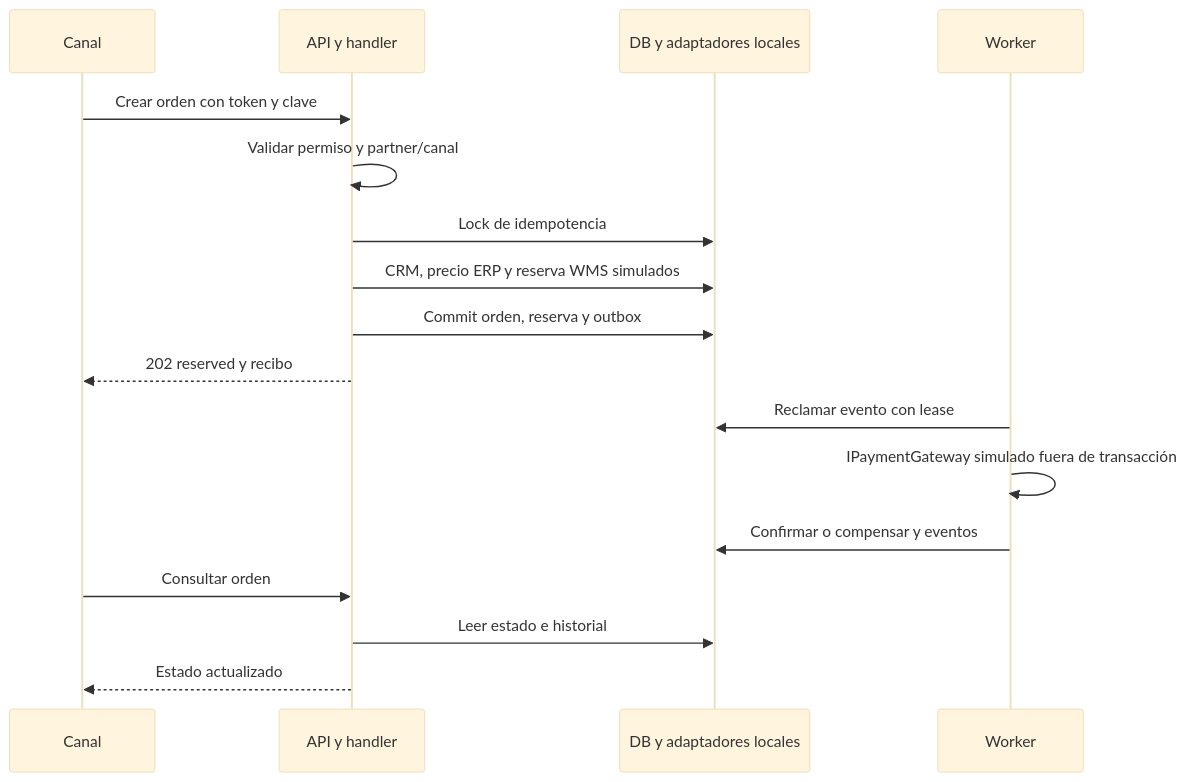
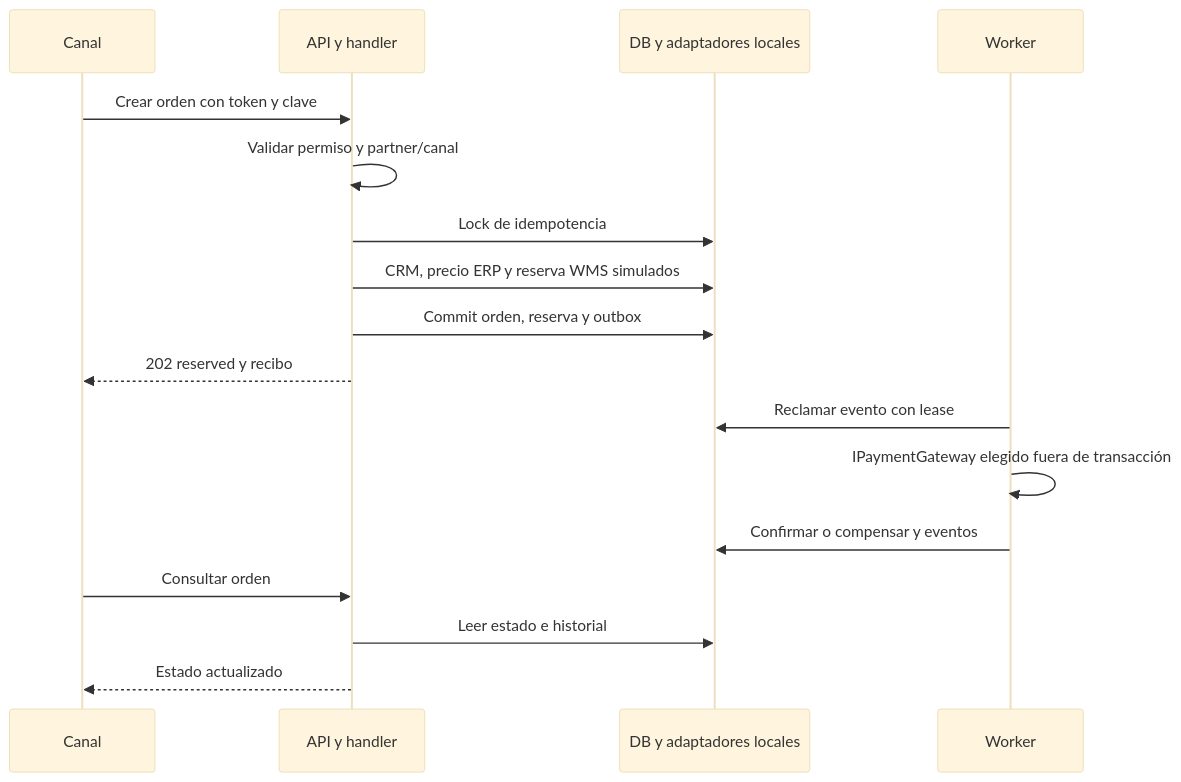
One commit to Arukado01/vortexbird-documentation changed the diagram in diagrams/05-create-order.mmd. Above: the diagram before and after it, drawn with Mermaid (base theme). The commit also changed 25 other files, not shown here.

```diff
--- a/diagrams/05-create-order.mmd
+++ b/diagrams/05-create-order.mmd
@@ -1,17 +1,17 @@
 sequenceDiagram
   participant C as Canal
   participant A as API y handler
   participant D as DB y adaptadores locales
   participant W as Worker
   C->>A: Crear orden con token y clave
   A->>A: Validar permiso y partner/canal
   A->>D: Lock de idempotencia
   A->>D: CRM, precio ERP y reserva WMS simulados
   A->>D: Commit orden, reserva y outbox
   A-->>C: 202 reserved y recibo
   W->>D: Reclamar evento con lease
-  W->>W: IPaymentGateway simulado fuera de transacción
+  W->>W: IPaymentGateway elegido fuera de transacción
   W->>D: Confirmar o compensar y eventos
   C->>A: Consultar orden
   A->>D: Leer estado e historial
   A-->>C: Estado actualizado
```
